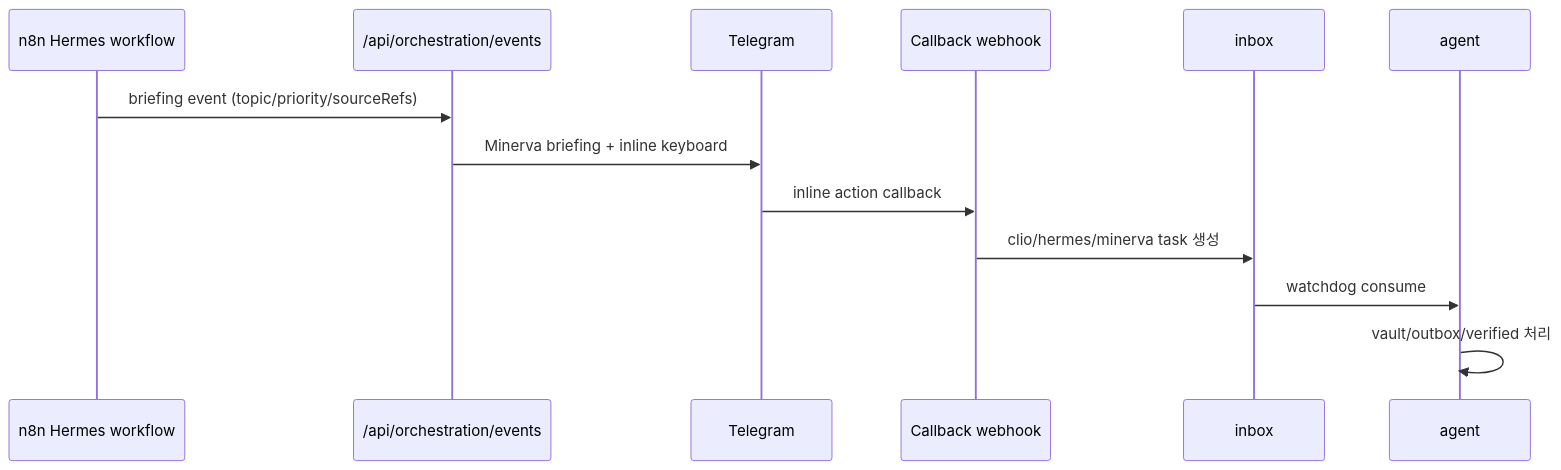
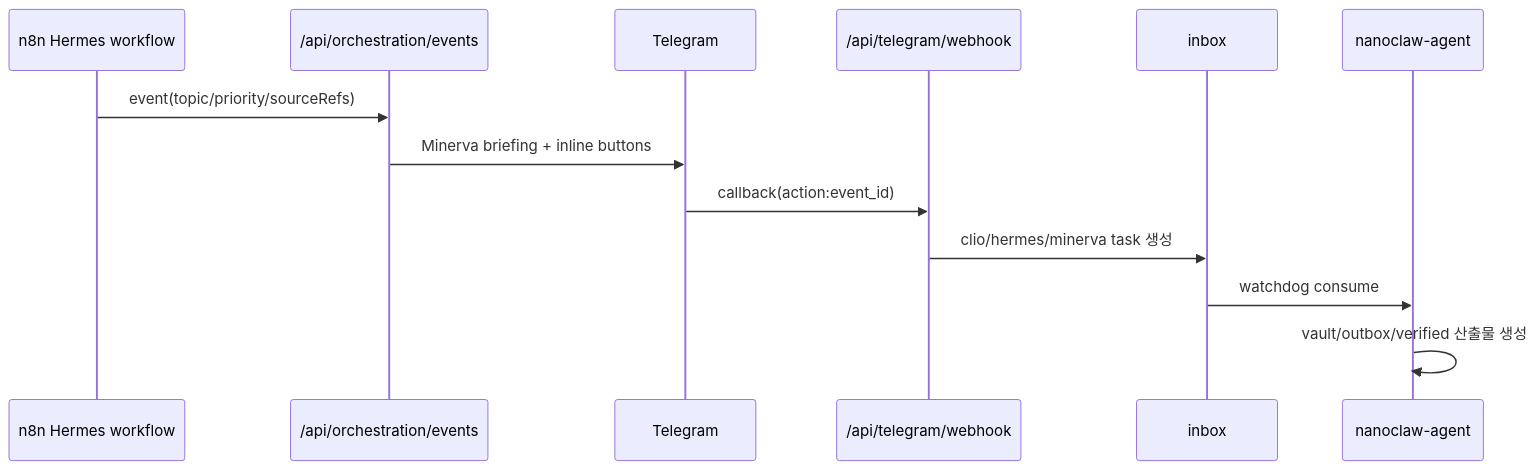
The third of 3 diagrams in docs/ARCHITECTURE.md (Merchantlee99/Personal-AI-agent-v2), drawn with Mermaid before and after one commit. The commit also changed other lines of this file and 5 other files, not shown here.

Commit message:
docs: clarity pass for architecture, operations, security, and use-cases

````diff
--- a/docs/ARCHITECTURE.md
+++ b/docs/ARCHITECTURE.md
@@ -86,16 +86,16 @@
 ```mermaid
 sequenceDiagram
   participant W as n8n Hermes workflow
   participant O as /api/orchestration/events
   participant T as Telegram
-  participant C as Callback webhook
+  participant C as /api/telegram/webhook
   participant I as inbox
-  participant A as agent
+  participant A as nanoclaw-agent
 
-  W->>O: briefing event (topic/priority/sourceRefs)
-  O->>T: Minerva briefing + inline keyboard
-  T->>C: inline action callback
+  W->>O: event(topic/priority/sourceRefs)
+  O->>T: Minerva briefing + inline buttons
+  T->>C: callback(action:event_id)
   C->>I: clio/hermes/minerva task 생성
   I->>A: watchdog consume
-  A->>A: vault/outbox/verified 처리
+  A->>A: vault/outbox/verified 산출물 생성
 ```
````
